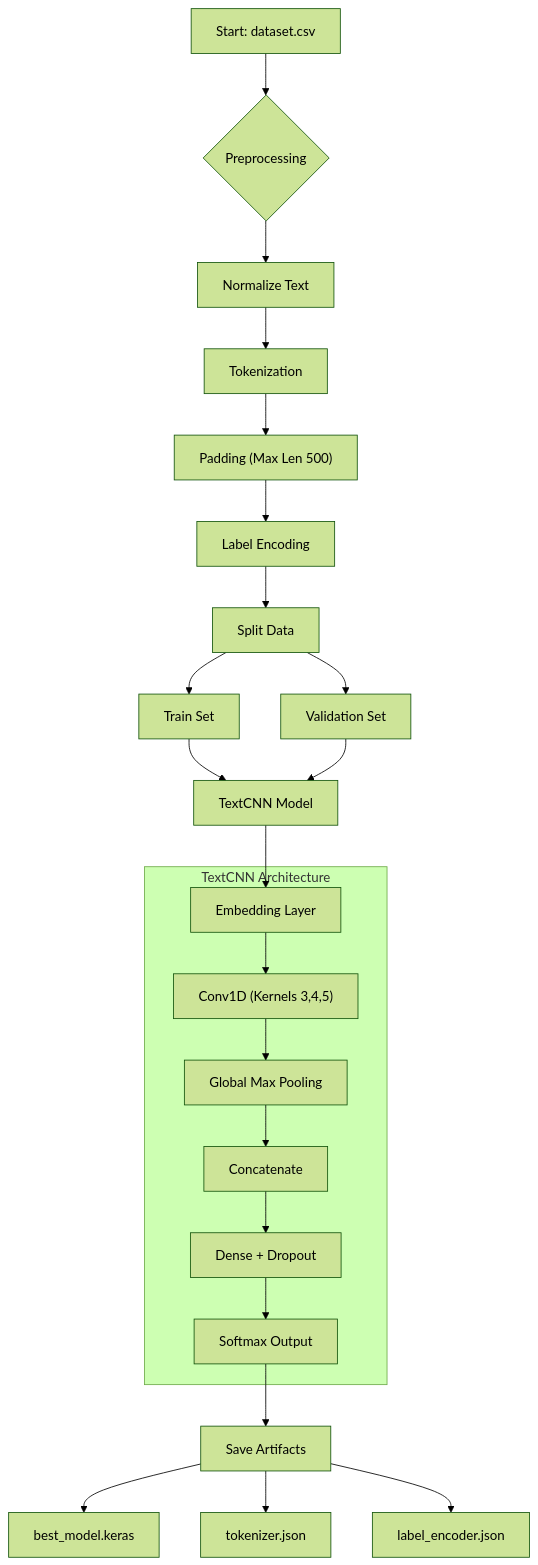
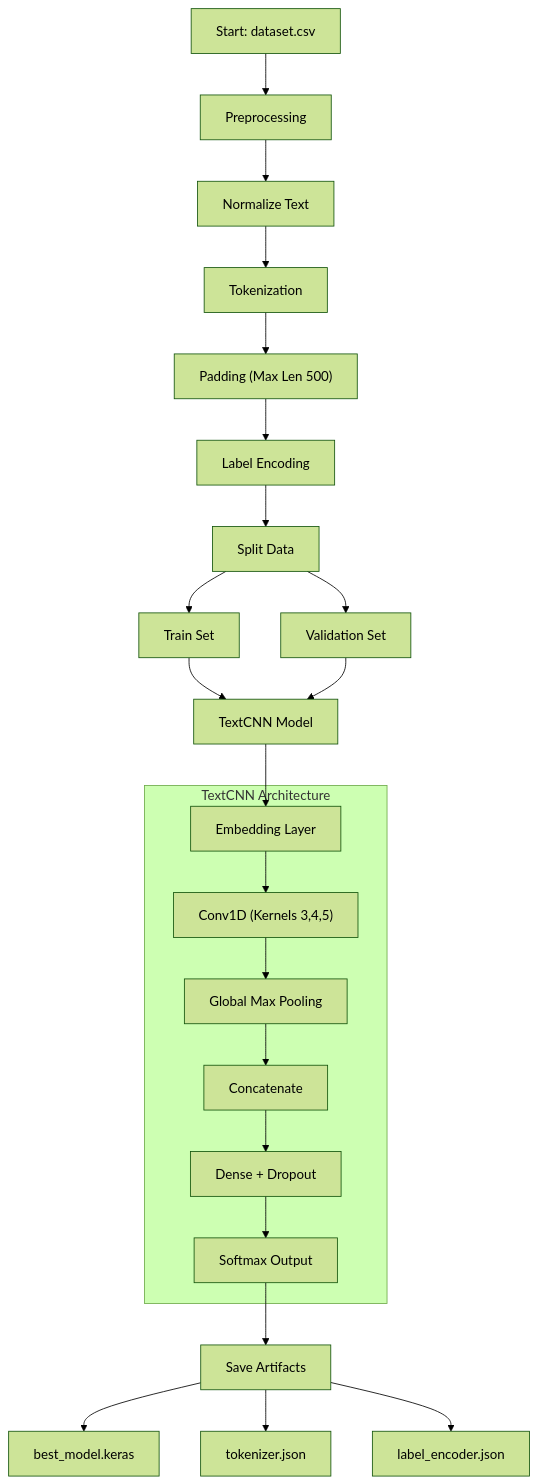
One commit to Yaiphaba189/Resume_Analyser changed the first of 3 diagrams in PROJECT_REPORT.md. Above: the diagram before and after it, drawn with Mermaid (forest theme). The commit also changed other lines of this file, not shown here.

````diff
--- a/PROJECT_REPORT.md
+++ b/PROJECT_REPORT.md
@@ -13,29 +13,29 @@
 ```mermaid
 graph TD
-    A["Start: dataset.csv"] --> B{"Preprocessing"}
+    A["Start: dataset.csv"] --> B["Preprocessing"]
     B --> C["Normalize Text"]
     C --> D["Tokenization"]
     D --> E["Padding (Max Len 500)"]
     E --> F["Label Encoding"]
 
     F --> G["Split Data"]
     G --> H["Train Set"]
     G --> I["Validation Set"]
 
     H --> J["TextCNN Model"]
     I --> J
 
     subgraph "TextCNN Architecture"
         K["Embedding Layer"] --> L["Conv1D (Kernels 3,4,5)"]
         L --> M["Global Max Pooling"]
         M --> N["Concatenate"]
         N --> O["Dense + Dropout"]
         O --> P["Softmax Output"]
     end
 
     J --> K
     P --> Q["Save Artifacts"]
     Q --> R["best_model.keras"]
     Q --> S["tokenizer.json"]
     Q --> T["label_encoder.json"]
 ```
````
